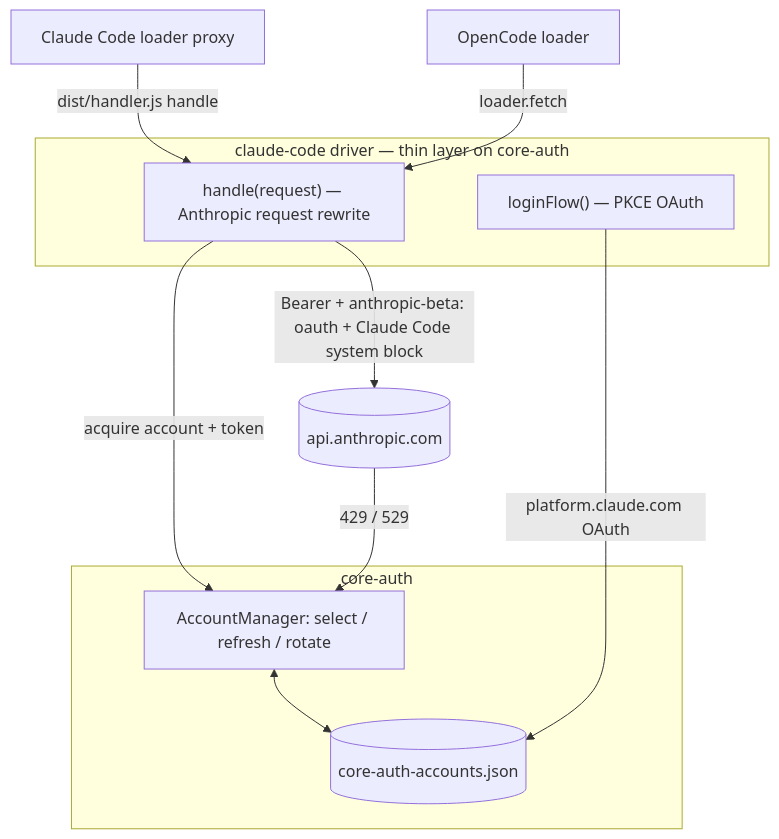
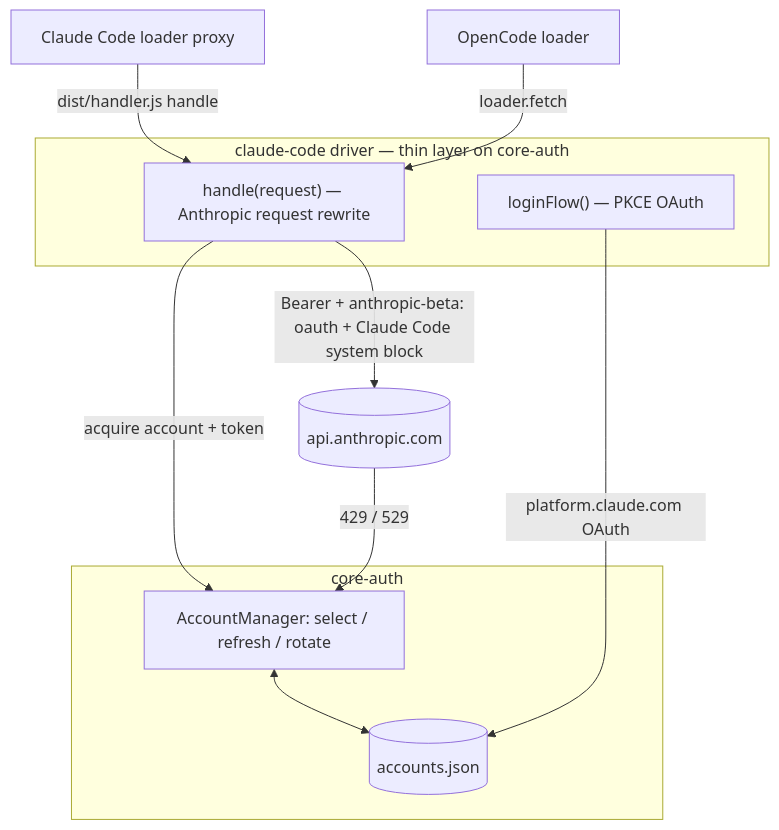
The diagram in README.md (intisy/claude-code-auth), drawn with Mermaid before and after one commit. The commit also changed other lines of this file, not shown here.

Commit message:
chore: bump core-auth — accounts.json/auth.json rename (no more core- config names)

````diff
--- a/README.md
+++ b/README.md
@@ -11,18 +11,18 @@
 ```mermaid
 flowchart TD
     subgraph Driver [claude-code driver — thin layer on core-auth]
         HANDLE["handle(request) — Anthropic request rewrite"]
         LOGIN["loginFlow() — PKCE OAuth"]
     end
     subgraph Core [core-auth]
         MGR[AccountManager: select / refresh / rotate]
-        STORE[(core-auth-accounts.json)]
+        STORE[(accounts.json)]
         MGR <--> STORE
     end
     CC[Claude Code loader proxy] -->|dist/handler.js handle| HANDLE
     OC[OpenCode loader] -->|loader.fetch| HANDLE
     HANDLE -->|acquire account + token| MGR
     HANDLE -->|"Bearer + anthropic-beta: oauth + Claude Code system block"| API[(api.anthropic.com)]
     API -->|429 / 529| MGR
     LOGIN -->|platform.claude.com OAuth| STORE
 ```
````
